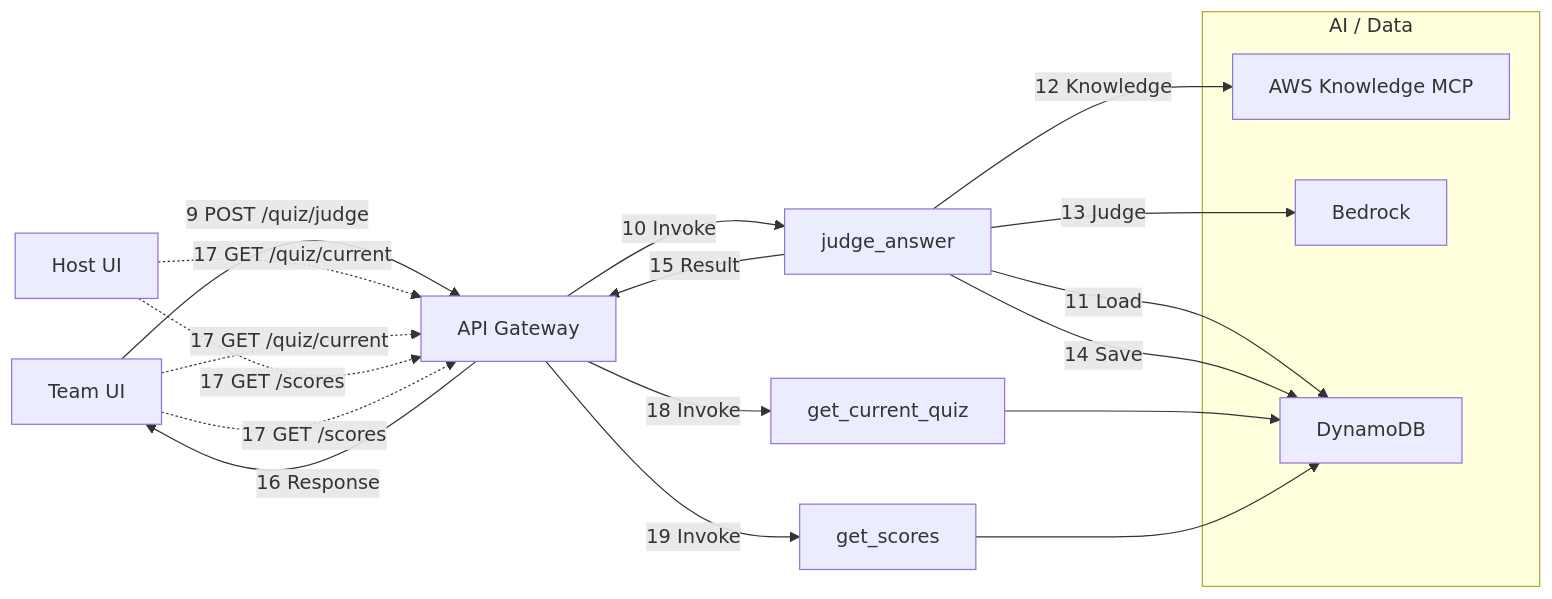
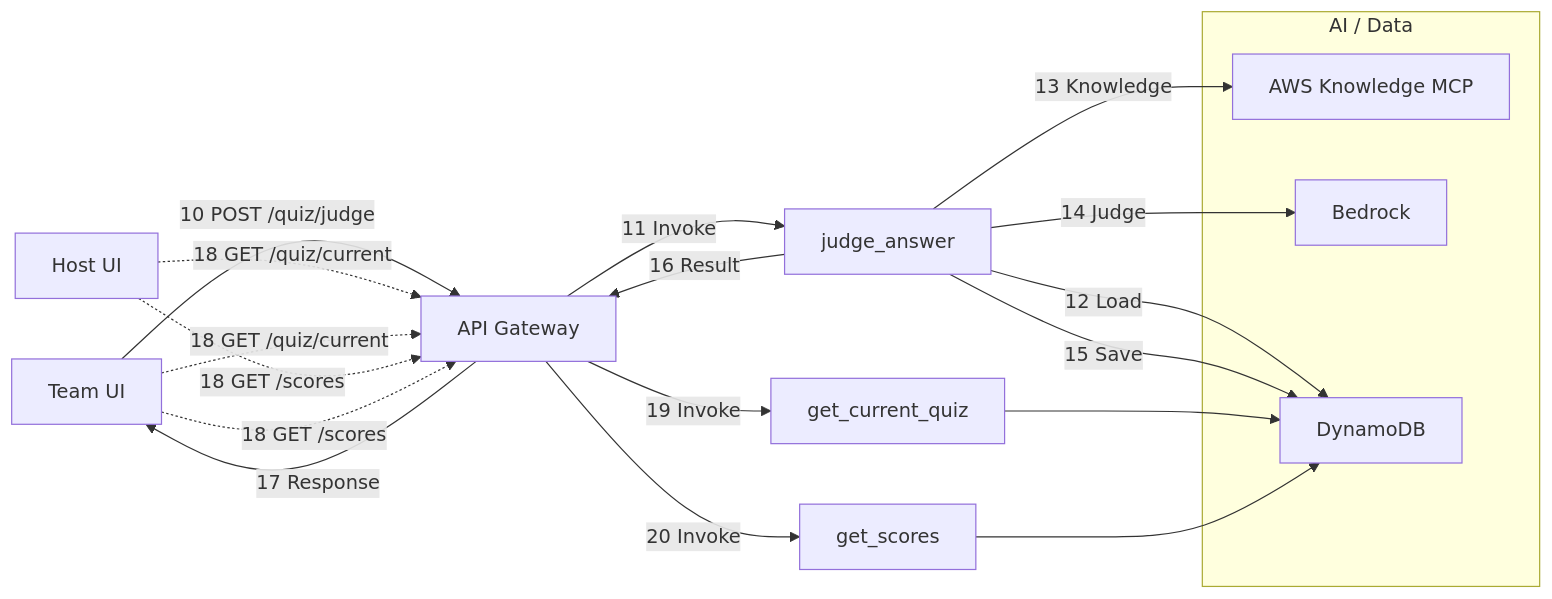
Before and after one commit to hatanoyoshihiko/aws_knowledge_quiz: the third of 6 diagrams in README.md, drawn with Mermaid. The commit also changed other lines of this file, not shown here.

Commit message:
start_quiz_generationの追加が反映されていなかったため修正

````diff
--- a/README.md
+++ b/README.md
@@ -340,28 +341,28 @@
 ```mermaid
 flowchart LR
-  FET[Team UI] -->|9 POST /quiz/judge| GW[API Gateway]
-  GW -->|10 Invoke| JA[judge_answer]
+  FET[Team UI] -->|10 POST /quiz/judge| GW[API Gateway]
+  GW -->|11 Invoke| JA[judge_answer]
 
   subgraph Core["AI / Data"]
     MCP[AWS Knowledge MCP]
     BR[Bedrock]
     DDB[DynamoDB]
   end
 
-  JA -->|11 Load| DDB
-  JA -->|12 Knowledge| MCP
-  JA -->|13 Judge| BR
-  JA -->|14 Save| DDB
-  JA -->|15 Result| GW
-  GW -->|16 Response| FET
+  JA -->|12 Load| DDB
+  JA -->|13 Knowledge| MCP
+  JA -->|14 Judge| BR
+  JA -->|15 Save| DDB
+  JA -->|16 Result| GW
+  GW -->|17 Response| FET
 
-  FEH[Host UI] -.->|17 GET /quiz/current| GW
-  FET -.->|17 GET /quiz/current| GW
-  GW -->|18 Invoke| GC[get_current_quiz]
+  FEH[Host UI] -.->|18 GET /quiz/current| GW
+  FET -.->|18 GET /quiz/current| GW
+  GW -->|19 Invoke| GC[get_current_quiz]
   GC --> DDB
 
-  FEH -.->|17 GET /scores| GW
-  FET -.->|17 GET /scores| GW
-  GW -->|19 Invoke| GS[get_scores]
+  FEH -.->|18 GET /scores| GW
+  FET -.->|18 GET /scores| GW
+  GW -->|20 Invoke| GS[get_scores]
   GS --> DDB
 ```
````
